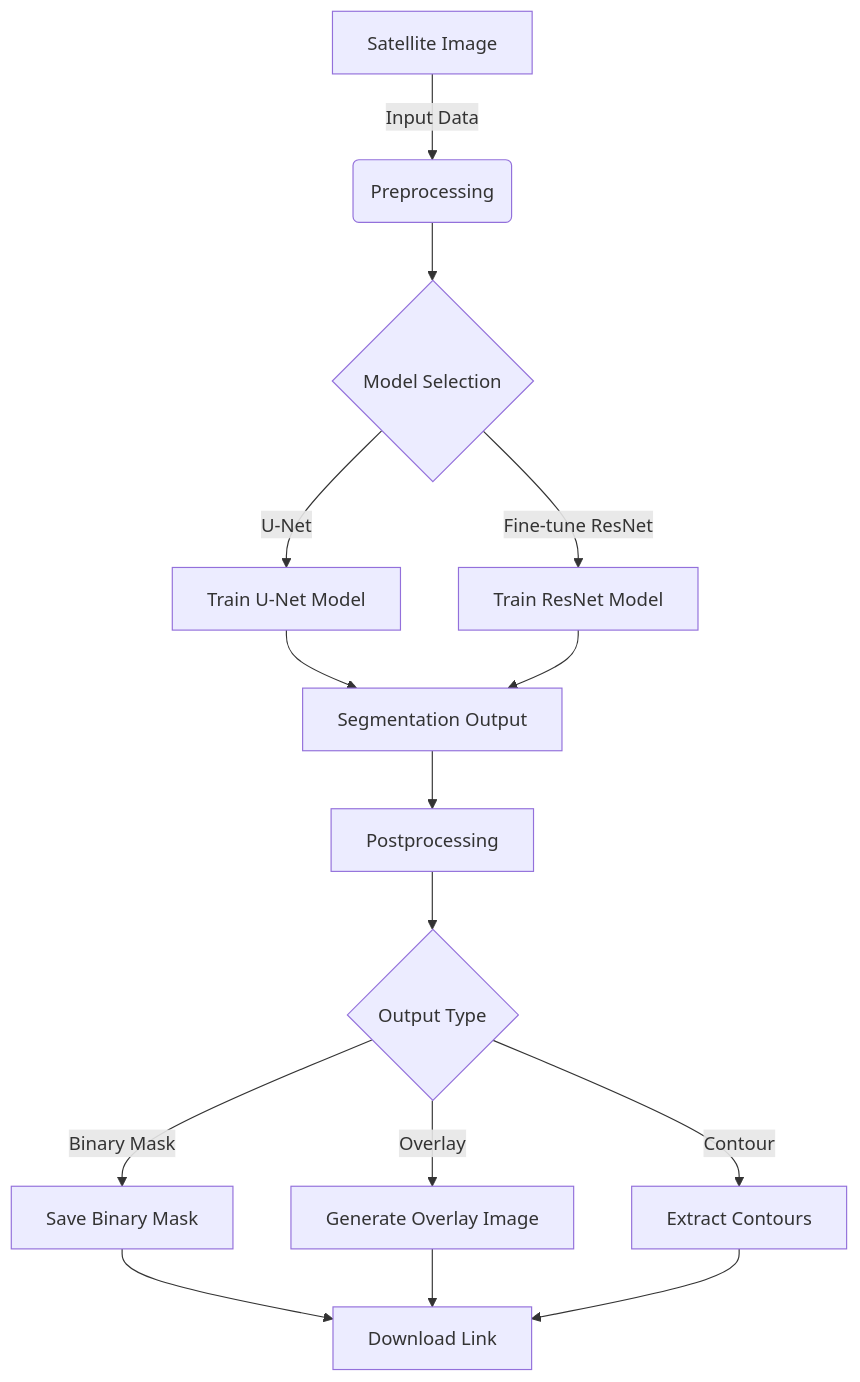
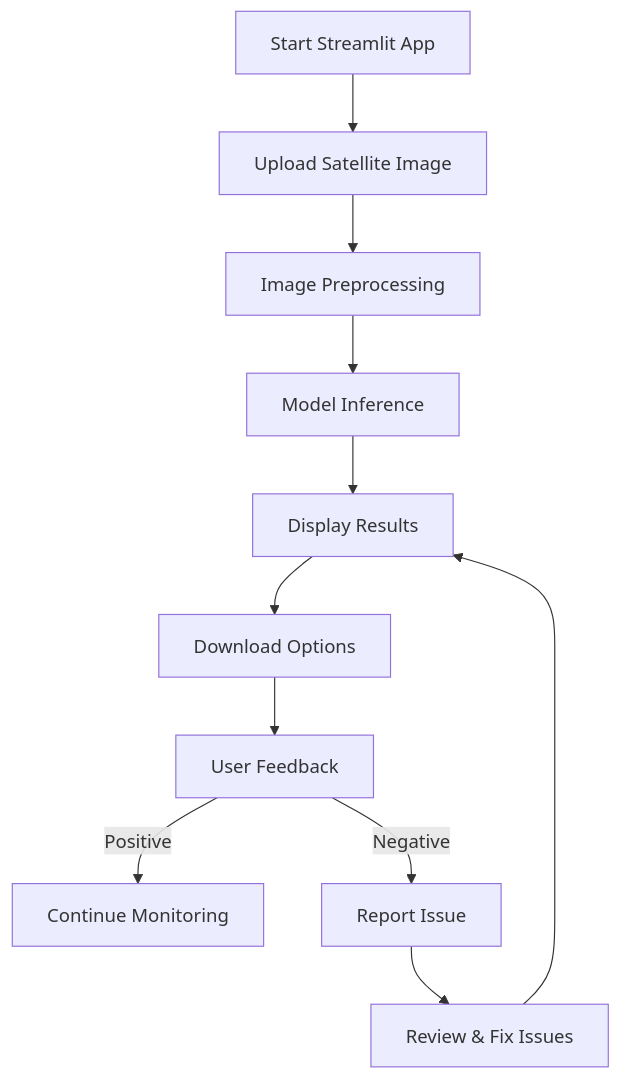
One commit to tejuiceB/GlacialLakePredictions changed the first of 2 diagrams in README.md. Above: the diagram before and after it, drawn with Mermaid. The commit also changed other lines of this file, not shown here.

Commit message:
Enhance README.md: Add Application Architecture & User Workflow section with user interaction flow and detailed steps for glacial lake detection process.

````diff
--- a/README.md
+++ b/README.md
@@ -35,17 +34,13 @@
 ```mermaid
 flowchart TD
-    A[Satellite Image] -->|Input Data| B(Preprocessing)
-    B --> C{Model Selection}
-    C -->|U-Net| D[Train U-Net Model]
-    C -->|Fine-tune ResNet| E[Train ResNet Model]
-    D --> F[Segmentation Output]
-    E --> F
-    F --> G[Postprocessing]
-    G --> H{Output Type}
-    H -->|Binary Mask| I[Save Binary Mask]
-    H -->|Overlay| J[Generate Overlay Image]
-    H -->|Contour| K[Extract Contours]
-    I --> L[Download Link]
-    J --> L
-    K --> L
+    A[Start Streamlit App] --> B[Upload Satellite Image]
+    B --> C[Image Preprocessing]
+    C --> D[Model Inference]
+    D --> E[Display Results]
+    E --> F[Download Options]
+    F --> G[User Feedback]
+    G -->|Positive| H[Continue Monitoring]
+    G -->|Negative| I[Report Issue]
+    I --> J[Review & Fix Issues]
+    J --> E
 ```
````
